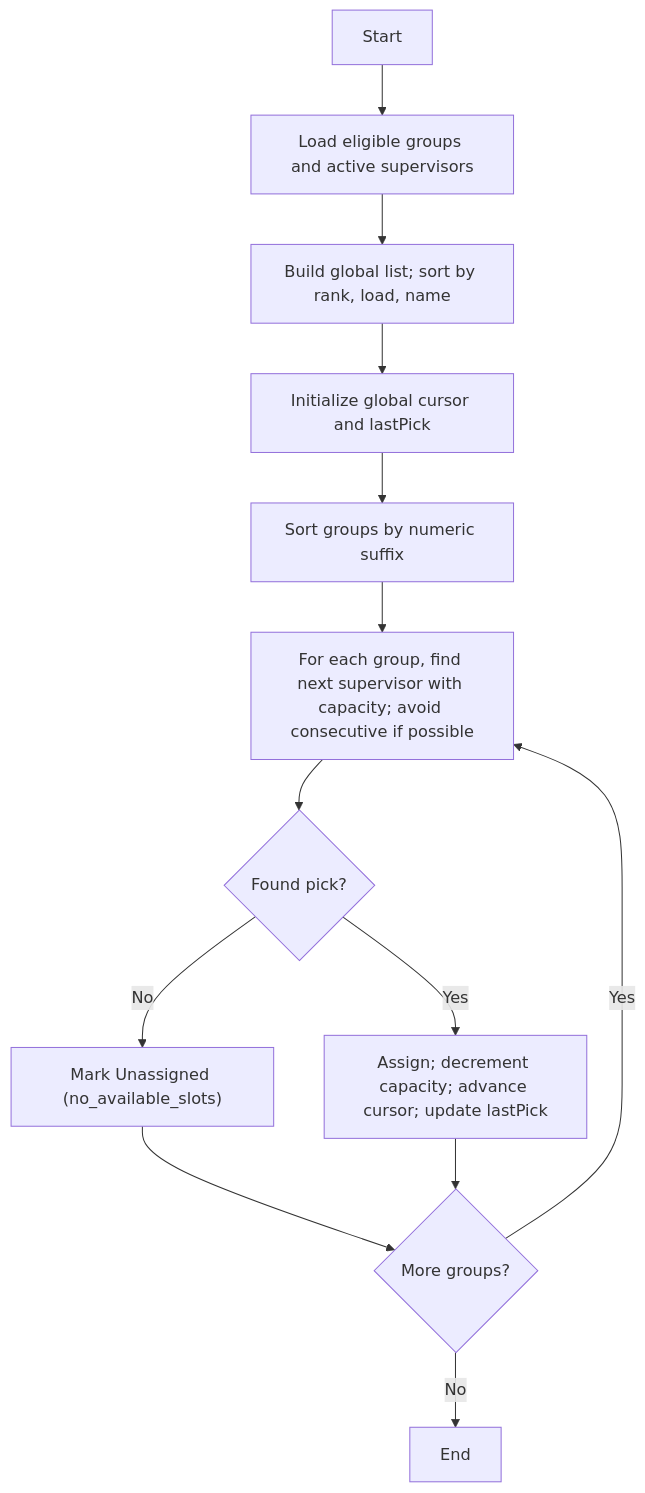
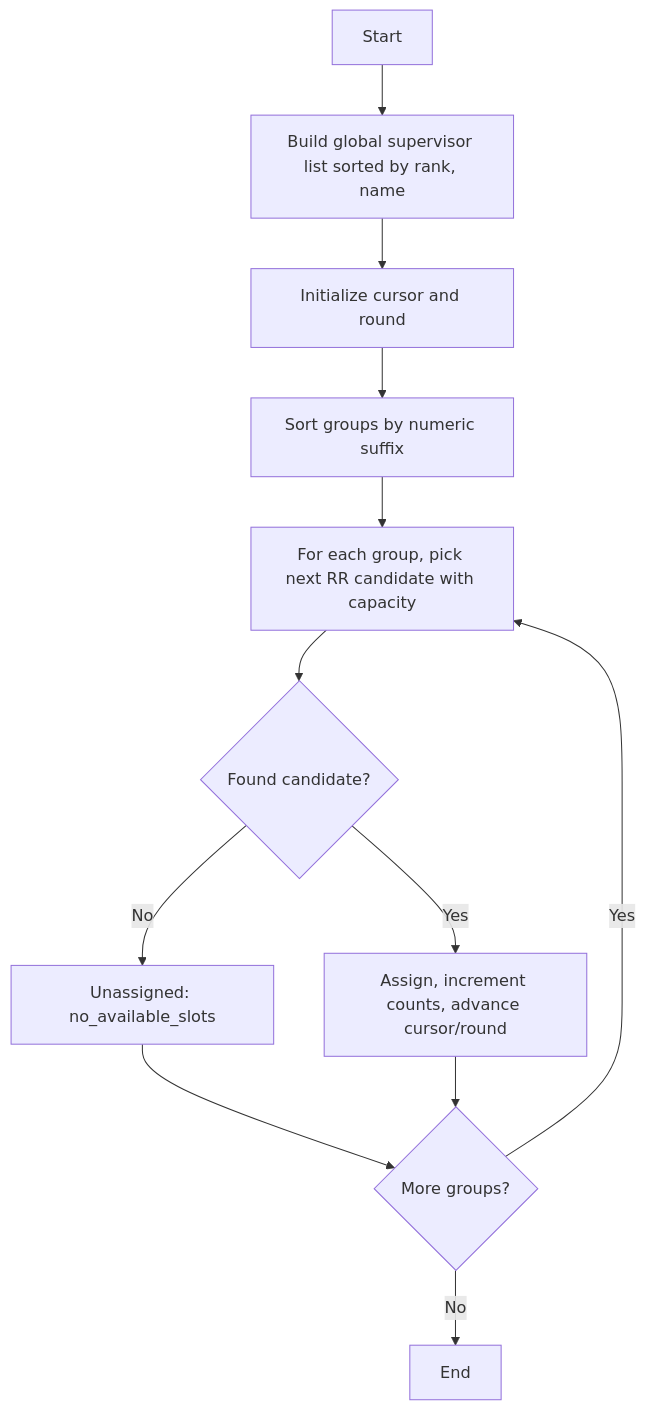
Before and after one commit to abdullah2323442/thesisrepo-backup: the second of 3 diagrams in supervisor_assignment_algo.md, drawn with Mermaid. The commit also changed other lines of this file, not shown here.

Commit message:
feat: Update supervisor assignment algorithm to support combined lottery mode and enhance documentation

````diff
--- a/supervisor_assignment_algo.md
+++ b/supervisor_assignment_algo.md
@@ -114,15 +166,13 @@
 ```mermaid
 flowchart TD
-  A["Start"] --> B["Load eligible groups and active supervisors"]
-  B --> C["Build global list; sort by rank, load, name"]
-  C --> D["Initialize global cursor and lastPick"]
-  D --> E["Sort groups by numeric suffix"]
-  E --> F["For each group, find next supervisor with capacity; avoid consecutive if possible"]
-  F --> G{"Found pick?"}
-  G -- No --> H["Mark Unassigned (no_available_slots)"] --> J
-  G -- Yes --> I["Assign; decrement capacity; advance cursor; update lastPick"]
-  I --> J{"More groups?"}
-  J -- Yes --> F
-  J -- No --> K["End"]
-
+  A[Start] --> B[Build global supervisor list sorted by rank, name]
+  B --> C[Initialize cursor and round]
+  C --> D[Sort groups by numeric suffix]
+  D --> E[For each group, pick next RR candidate with capacity]
+  E --> F{Found candidate?}
+  F -- No --> G[Unassigned: no_available_slots] --> I
+  F -- Yes --> H[Assign, increment counts, advance cursor/round]
+  H --> I{More groups?}
+  I -- Yes --> E
+  I -- No --> J[End]
 ```
````
